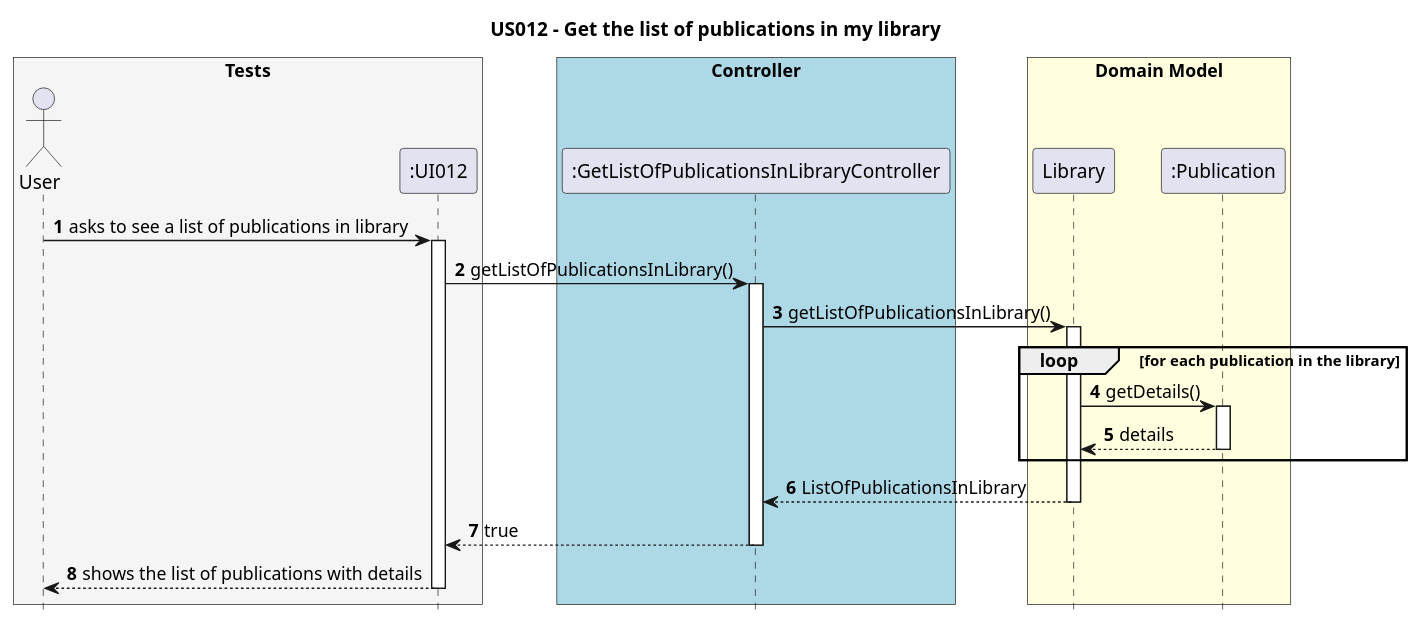
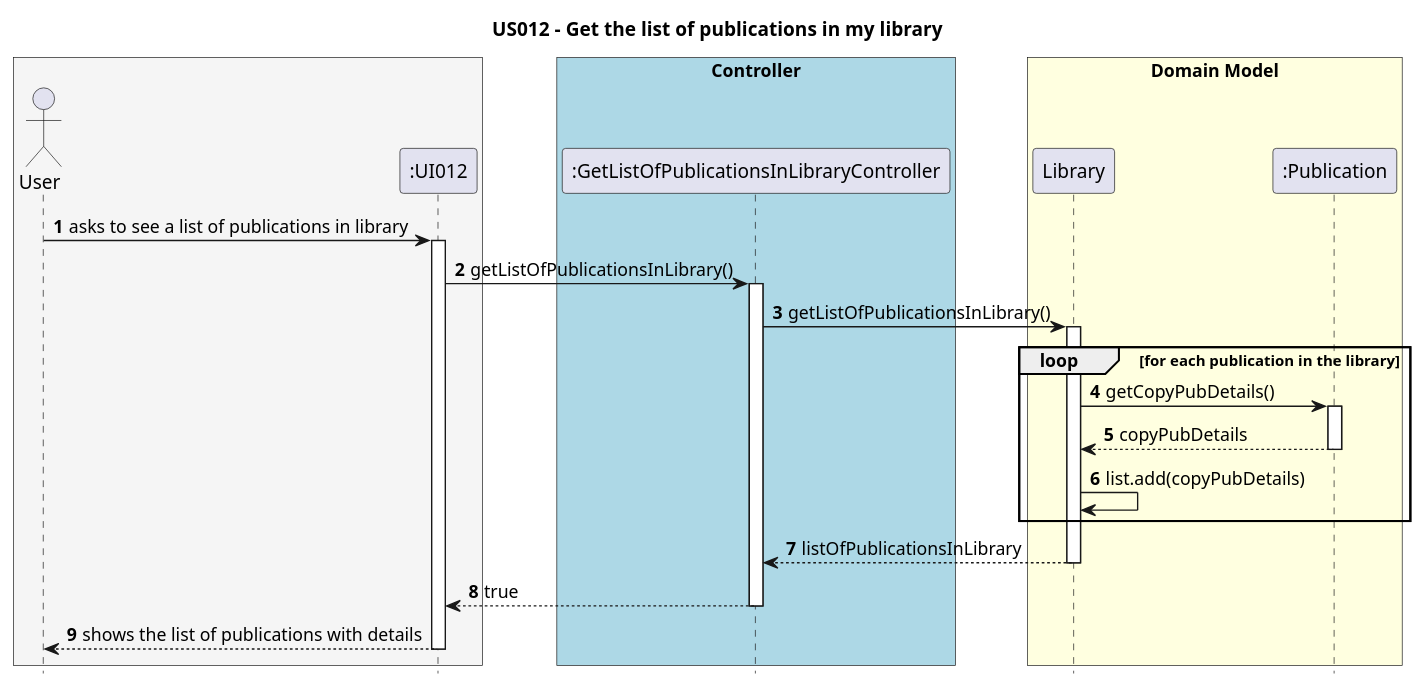
The diagram in Diagrams/SequenceDiagrams/N2/US012-To-Get-List-Of-Publications-In-My-Library.puml (AndrePereiraGitH/SWitCH-Project-Team_A), drawn with PlantUML before and after one commit. The commit also changed 3 other files, not shown here.

Commit message:
Working on issue #33 #34, slight changes to the Class Diagrams and Sequence Diagrams (@RodrigoSPTD)

```diff
--- a/Diagrams/SequenceDiagrams/N2/US012-To-Get-List-Of-Publications-In-My-Library.puml
+++ b/Diagrams/SequenceDiagrams/N2/US012-To-Get-List-Of-Publications-In-My-Library.puml
@@ -1,46 +1,49 @@
 @startuml
 autonumber
 hide footbox
 title US012 - Get the list of publications in my library
 
 
-box "Tests" #WhiteSmoke
+box  #WhiteSmoke
     actor User
     participant ":UI012" as UI
 end box
 
 box "Controller" #LightBlue
     participant ":GetListOfPublicationsInLibraryController" as Ctrl
 end box
 
 box "Domain Model" #LightYellow
     participant "Library" as LibDomain
     participant ":Publication" as PubDomain
 end box
 
 User -> UI : asks to see a list of publications in library
 activate UI
 
 UI -> Ctrl: getListOfPublicationsInLibrary()
 activate Ctrl
 
 Ctrl -> LibDomain: getListOfPublicationsInLibrary()
 activate LibDomain
 
+
         loop for each publication in the library
-            LibDomain -> PubDomain: getDetails()
+            LibDomain -> PubDomain: getCopyPubDetails()
             activate PubDomain
-            PubDomain --> LibDomain: details
+            PubDomain --> LibDomain: copyPubDetails
             deactivate PubDomain
+            LibDomain -> LibDomain: list.add(copyPubDetails)
         end
 
 
-LibDomain --> Ctrl: ListOfPublicationsInLibrary
+
+LibDomain --> Ctrl: listOfPublicationsInLibrary
 deactivate LibDomain
 Ctrl --> UI: true
 deactivate Ctrl
 
 UI --> User : shows the list of publications with details
 deactivate UI
 
 @enduml
```
